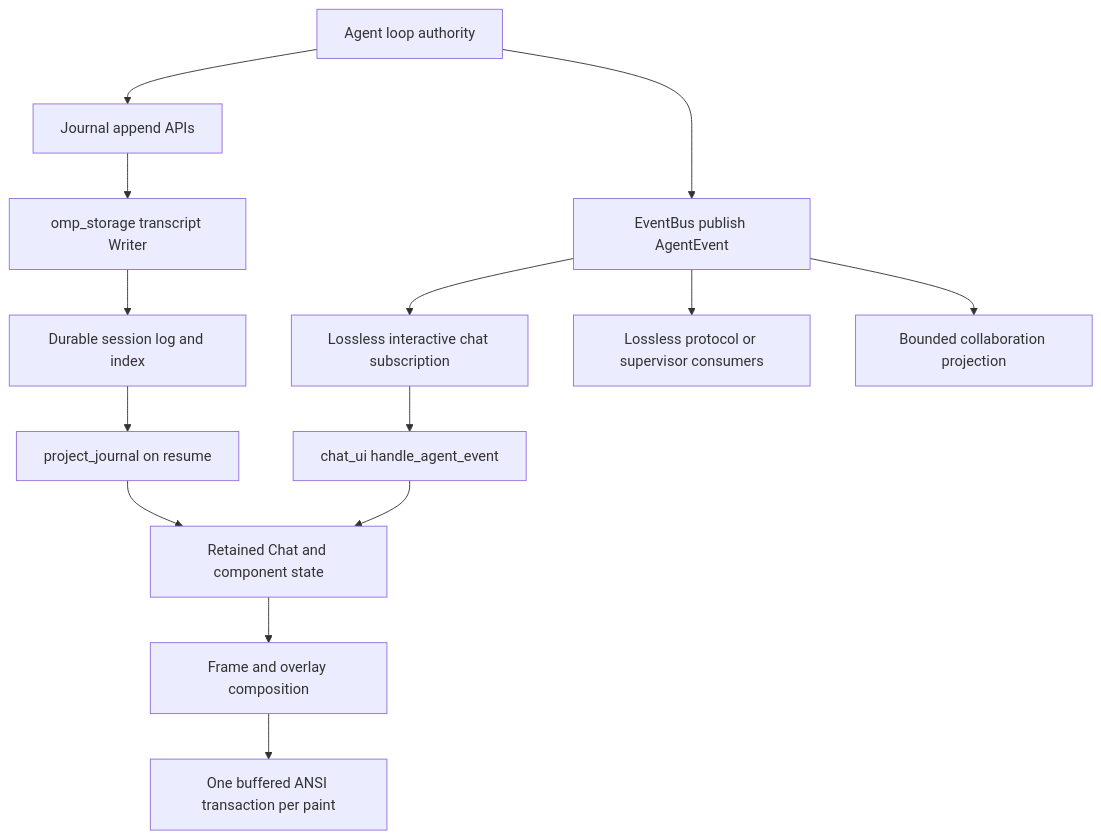
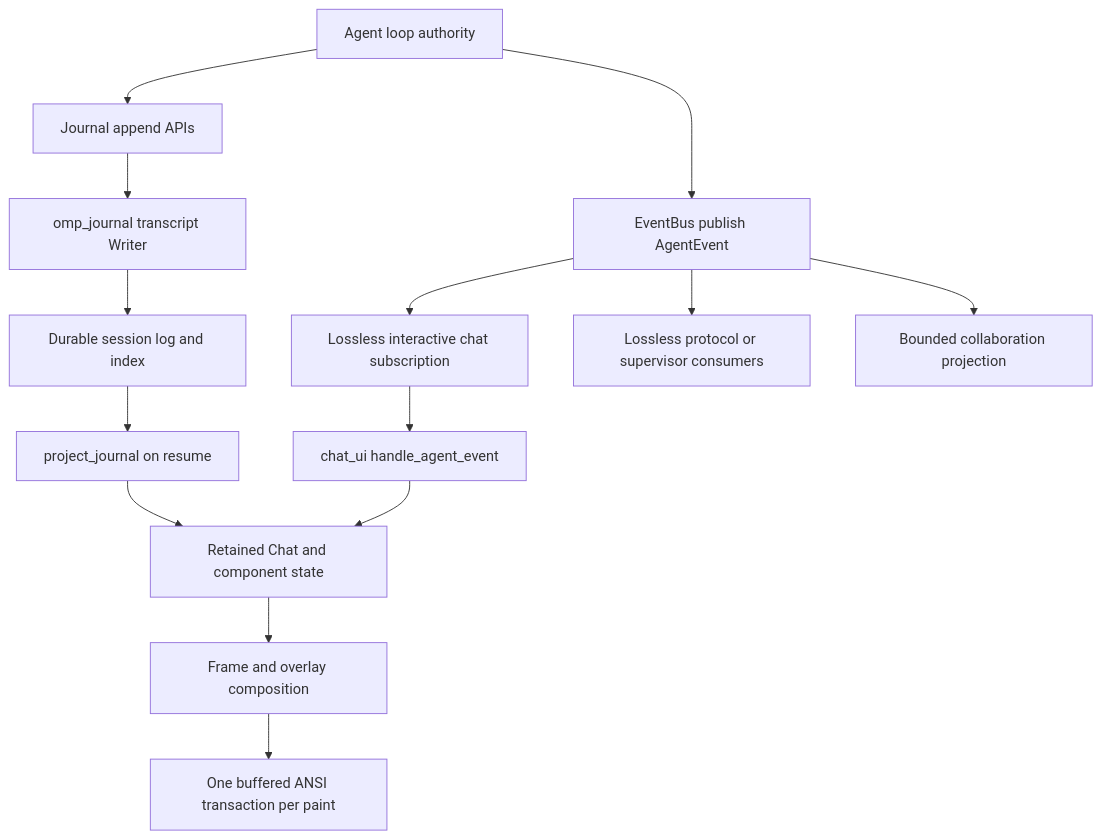
The fourth of 4 diagrams in docs/architecture/agent-loop.md (can1357/oh-my-pi), drawn with Mermaid before and after one commit. The commit also changed other lines of this file and 17 other files, not shown here.

````diff
--- a/docs/architecture/agent-loop.md
+++ b/docs/architecture/agent-loop.md
@@ -190,16 +190,16 @@
 ```mermaid
 flowchart TD
     L[Agent loop authority] --> J[Journal append APIs]
-    J --> W[omp_storage transcript Writer]
+    J --> W[omp_journal transcript Writer]
     W --> S[Durable session log and index]
     S --> P[project_journal on resume]
     L --> E[EventBus publish AgentEvent]
     E --> U[Lossless interactive chat subscription]
     E --> H[Lossless protocol or supervisor consumers]
     E --> C[Bounded collaboration projection]
     U --> B[chat_ui handle_agent_event]
     B --> R[Retained Chat and component state]
     P --> R
     R --> F[Frame and overlay composition]
     F --> A[One buffered ANSI transaction per paint]
 ```
````
